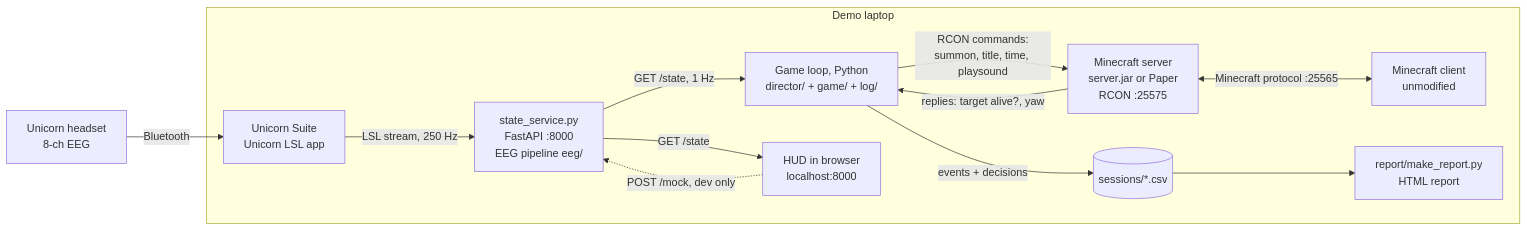
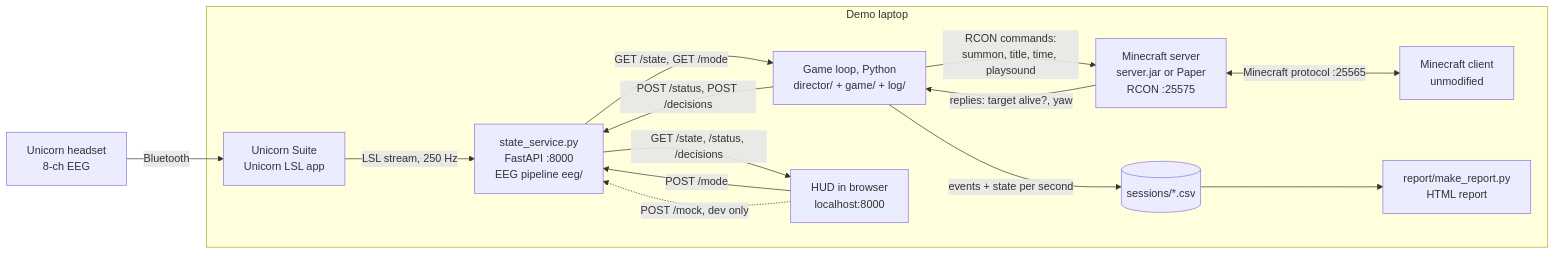
One commit to danyathecoder/BrainCraft changed the first of 2 diagrams in docs/architecture.md. Above: the diagram before and after it, drawn with Mermaid. The commit also changed other lines of this file and 1 other file, not shown here.

First line of the commit message:
Update architecture and README for new parts

````diff
--- a/docs/architecture.md
+++ b/docs/architecture.md
@@ -9,25 +9,27 @@
 ```mermaid
 flowchart LR
   H["Unicorn headset<br/>8-ch EEG"] -->|"Bluetooth"| US
 
   subgraph Laptop["Demo laptop"]
     US["Unicorn Suite<br/>Unicorn LSL app"]
     SS["state_service.py<br/>FastAPI :8000<br/>EEG pipeline eeg/"]
     GL["Game loop, Python<br/>director/ + game/ + log/"]
     MS["Minecraft server<br/>server.jar or Paper<br/>RCON :25575"]
     MC["Minecraft client<br/>unmodified"]
     HUD["HUD in browser<br/>localhost:8000"]
     CSV[("sessions/*.csv")]
     REP["report/make_report.py<br/>HTML report"]
   end
 
   US -->|"LSL stream, 250 Hz"| SS
-  SS -->|"GET /state, 1 Hz"| GL
+  SS -->|"GET /state, GET /mode"| GL
+  GL -->|"POST /status, POST /decisions"| SS
   GL -->|"RCON commands:<br/>summon, title, time, playsound"| MS
   MS -->|"replies: target alive?, yaw"| GL
   MS <-->|"Minecraft protocol :25565"| MC
-  SS -->|"GET /state"| HUD
+  SS -->|"GET /state, /status, /decisions"| HUD
+  HUD -->|"POST /mode"| SS
   HUD -.->|"POST /mock, dev only"| SS
-  GL -->|"events + decisions"| CSV
+  GL -->|"events + state per second"| CSV
   CSV --> REP
 ```
````
